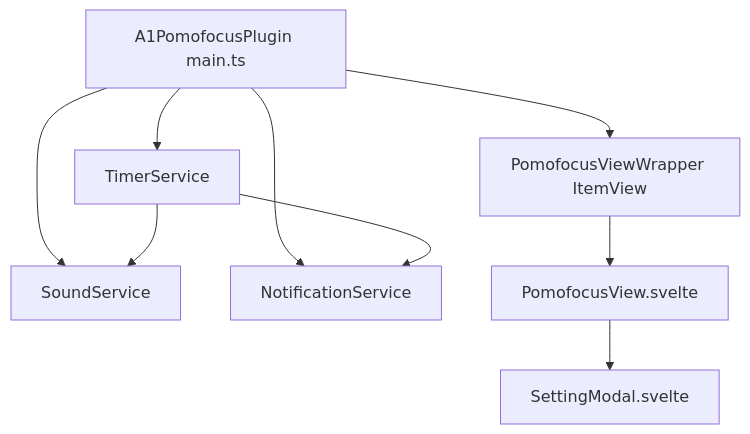
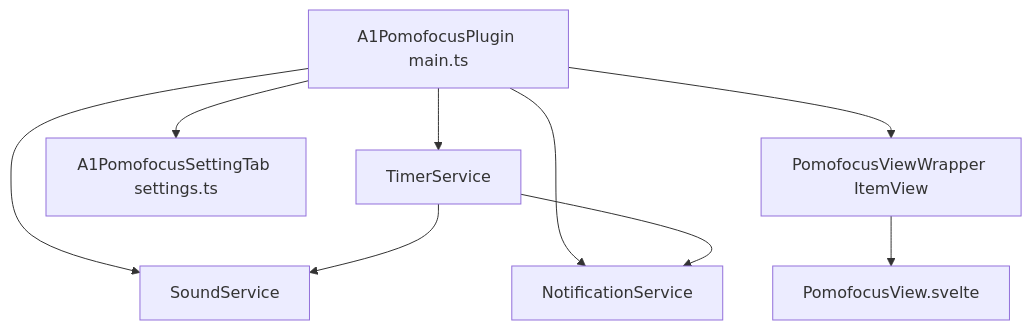
One commit to 2607044640/fluent-pomofocus changed the diagram in _Architecture.md. Above: the diagram before and after it, drawn with Mermaid. The commit also changed other lines of this file and 5 other files, not shown here.

Commit message:
fix: migrate settings to native Obsidian PluginSettingTab and remove Setting button

````diff
--- a/_Architecture.md
+++ b/_Architecture.md
@@ -9,11 +9,11 @@
 ```mermaid
 graph TD
     Plugin[A1PomofocusPlugin main.ts] --> TimerService[TimerService]
     Plugin --> SoundService[SoundService]
     Plugin --> NotificationService[NotificationService]
+    Plugin --> SettingTab[A1PomofocusSettingTab settings.ts]
     Plugin --> ViewWrapper[PomofocusViewWrapper ItemView]
     ViewWrapper --> SvelteRoot[PomofocusView.svelte]
-    SvelteRoot --> Modal[SettingModal.svelte]
     TimerService --> SoundService
     TimerService --> NotificationService
 ```
````
